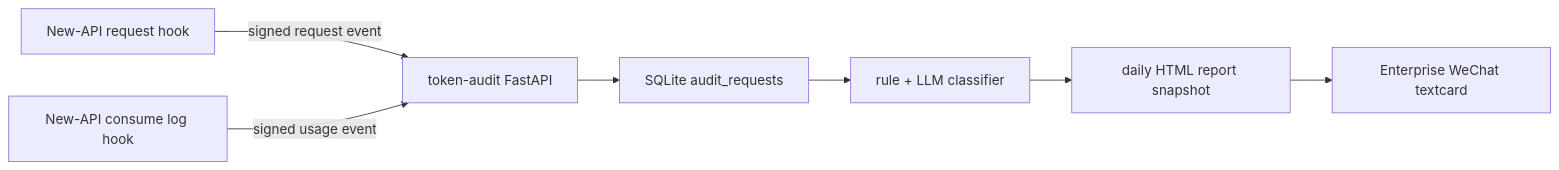
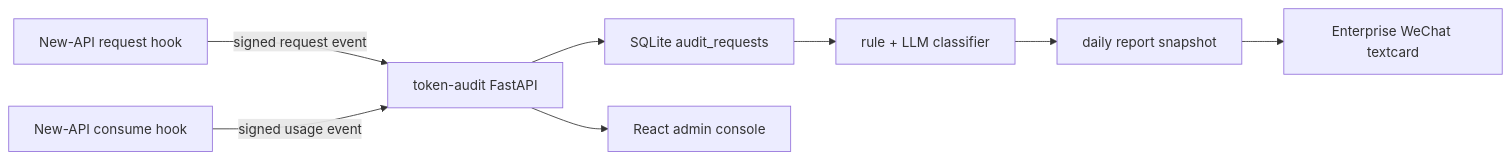
Before and after one commit to Bigduang/new-api-audit-for-company: the diagram in README.md, drawn with Mermaid. The commit also changed other lines of this file and 27 other files, not shown here.

Commit message:
Add React admin console and prompt audit management

````diff
--- a/README.md
+++ b/README.md
@@ -29,9 +31,10 @@
 ```mermaid
 flowchart LR
   A["New-API request hook"] -->|signed request event| B["token-audit FastAPI"]
-  C["New-API consume log hook"] -->|signed usage event| B
+  C["New-API consume hook"] -->|signed usage event| B
   B --> D["SQLite audit_requests"]
   D --> E["rule + LLM classifier"]
-  E --> F["daily HTML report snapshot"]
+  E --> F["daily report snapshot"]
   F --> G["Enterprise WeChat textcard"]
+  B --> H["React admin console"]
 ```
````
